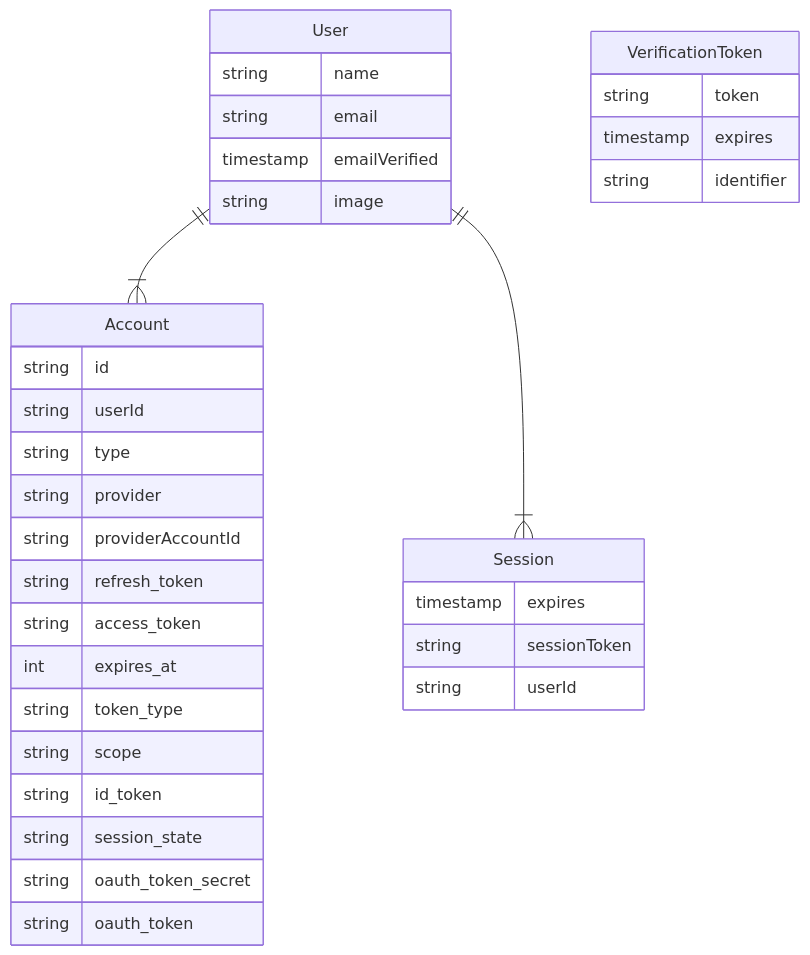
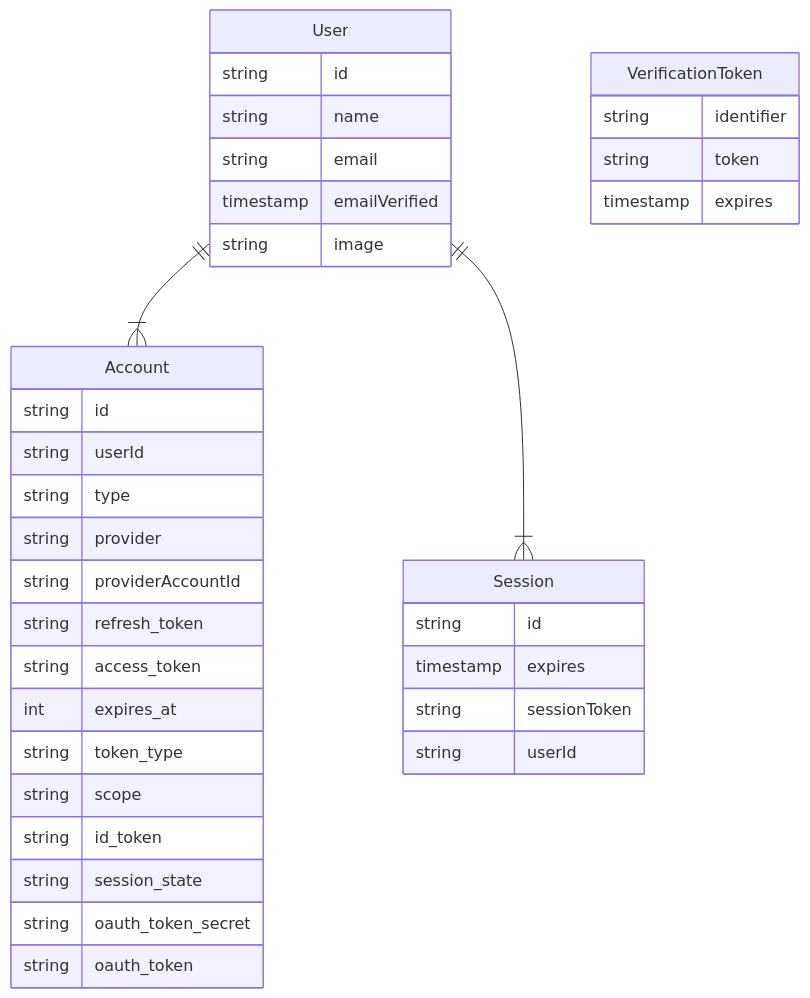
One commit to nextauthjs/next-auth changed the diagram in packages/docs/docs/adapters/models.md. Above: the diagram before and after it, drawn with Mermaid.

Commit message:
chore: update model details

````diff
--- a/packages/docs/docs/adapters/models.md
+++ b/packages/docs/docs/adapters/models.md
@@ -8,37 +8,39 @@
 ```mermaid
 erDiagram
   User ||--|{ Account : ""
   User {
+  string id
   string name
   string email
   timestamp emailVerified
   string image
   }
   User ||--|{ Session : ""
   Session {
+  string id
   timestamp expires
   string sessionToken
   string userId
   }
   Account {
   string id
   string userId
   string type
   string provider
   string providerAccountId
   string refresh_token
   string access_token
   int expires_at
   string token_type
   string scope
   string id_token
   string session_state
   string oauth_token_secret
   string oauth_token
   }
   VerificationToken {
+  string identifier
   string token
   timestamp expires
-  string identifier
   }
 ```
````
